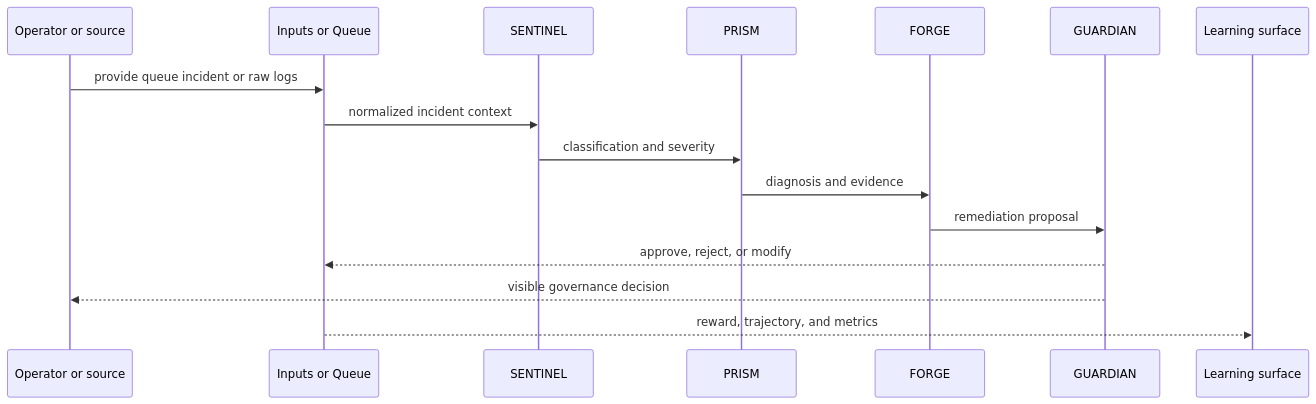
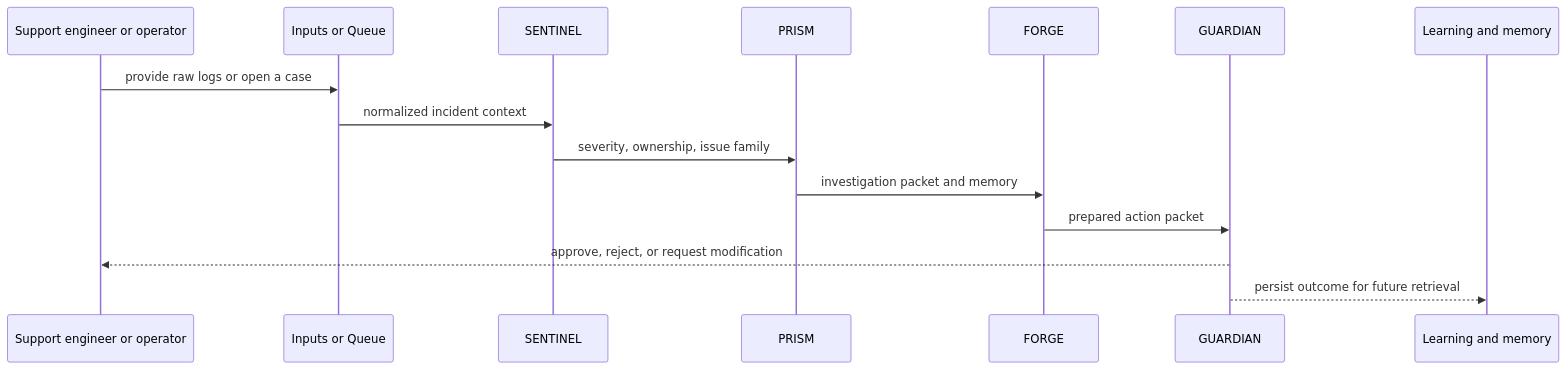
The fourth of 4 diagrams in docs/VISUAL_ARCHITECTURE_AND_FLOWS.md (kunalkachru/nexus-v2), drawn with Mermaid before and after one commit. The commit also changed other lines of this file and 10 other files, not shown here.

````diff
--- a/docs/VISUAL_ARCHITECTURE_AND_FLOWS.md
+++ b/docs/VISUAL_ARCHITECTURE_AND_FLOWS.md
@@ -162,19 +187,18 @@
 ```mermaid
 sequenceDiagram
-    participant U as Operator or source
+    participant U as Support engineer or operator
     participant I as Inputs or Queue
     participant S as SENTINEL
     participant P as PRISM
     participant F as FORGE
     participant G as GUARDIAN
-    participant L as Learning surface
+    participant L as Learning and memory
 
-    U->>I: provide queue incident or raw logs
+    U->>I: provide raw logs or open a case
     I->>S: normalized incident context
-    S->>P: classification and severity
-    P->>F: diagnosis and evidence
-    F->>G: remediation proposal
-    G-->>I: approve, reject, or modify
-    G-->>U: visible governance decision
-    I-->>L: reward, trajectory, and metrics
+    S->>P: severity, ownership, issue family
+    P->>F: investigation packet and memory
+    F->>G: prepared action packet
+    G-->>U: approve, reject, or request modification
+    G-->>L: persist outcome for future retrieval
 ```
````
